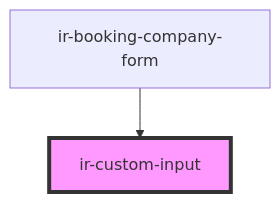
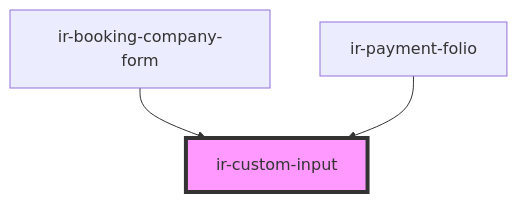
The diagram in src/components/ui/ir-custom-input/readme.md (RonyRizk/ir-webcmp), drawn with Mermaid before and after one commit. The commit also changed other lines of this file and 62 other files, not shown here.

````diff
--- a/src/components/ui/ir-custom-input/readme.md
+++ b/src/components/ui/ir-custom-input/readme.md
@@ -62,5 +63,6 @@
 ```mermaid
 graph TD;
   ir-booking-company-form --> ir-custom-input
+  ir-payment-folio --> ir-custom-input
   style ir-custom-input fill:#f9f,stroke:#333,stroke-width:4px
 ```
````
